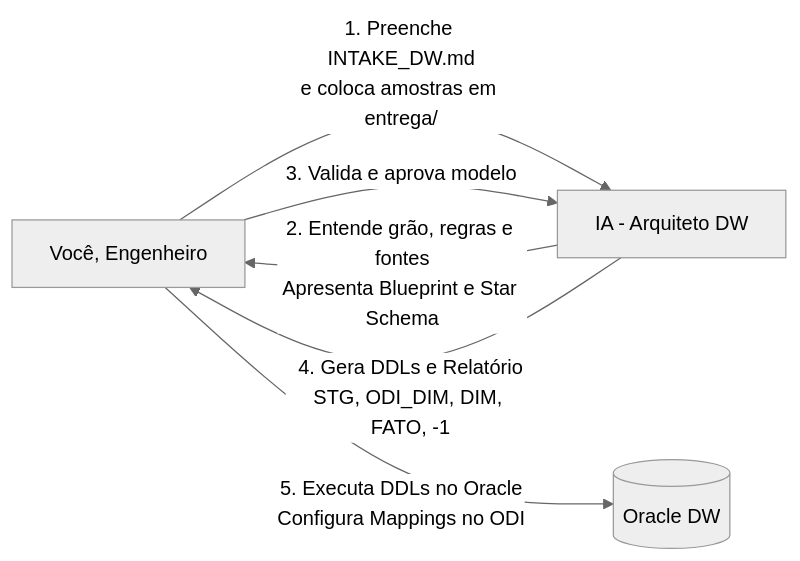
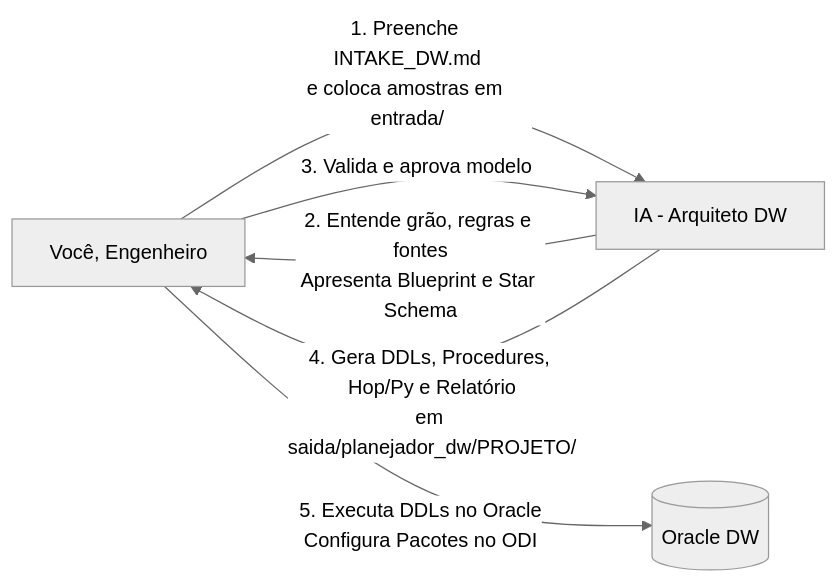
Before and after one commit to jef-prodeb01/NINHO.03: the first of 2 diagrams in documentacao/guias/GUIA_ENGENHEIRO_DW.md, drawn with Mermaid (neutral theme). The commit also changed other lines of this file and 57 other files, not shown here.

````diff
--- a/documentacao/guias/GUIA_ENGENHEIRO_DW.md
+++ b/documentacao/guias/GUIA_ENGENHEIRO_DW.md
@@ -33,8 +37,8 @@
 ```mermaid
 flowchart LR
-    ENG[Você, Engenheiro] -->|1. Preenche INTAKE_DW.md<br/>e coloca amostras em entrega/| IA[IA - Arquiteto DW]
+    ENG[Você, Engenheiro] -->|1. Preenche INTAKE_DW.md<br/>e coloca amostras em entrada/| IA[IA - Arquiteto DW]
     IA -->|2. Entende grão, regras e fontes<br/>Apresenta Blueprint e Star Schema| ENG
     ENG -->|3. Valida e aprova modelo| IA
-    IA -->|4. Gera DDLs e Relatório<br/>STG, ODI_DIM, DIM, FATO, -1| ENG
-    ENG -->|5. Executa DDLs no Oracle<br/>Configura Mappings no ODI| DB[(Oracle DW)]
+    IA -->|4. Gera DDLs, Procedures, Hop/Py e Relatório<br/>em saida/planejador_dw/PROJETO/| ENG
+    ENG -->|5. Executa DDLs no Oracle<br/>Configura Pacotes no ODI| DB[(Oracle DW)]
 ```
````
